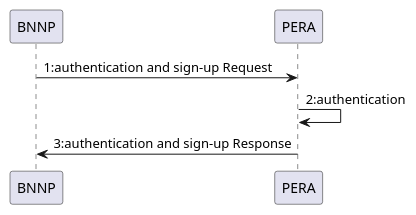
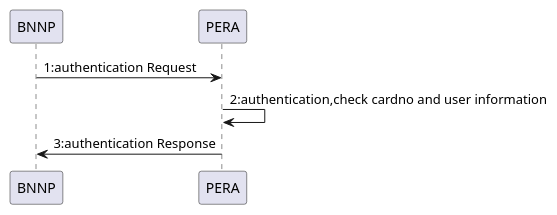
Before and after one commit to nbydi/some_documents: the first of 3 diagrams in bnnp_docs/02 外部接口/pera-hub/sequence.md, drawn with PlantUML. The commit also changed other lines of this file and 1 other file, not shown here.

Commit message:
增加了6.2.2 章节。 增加了序列图。

````diff
--- a/bnnp_docs/02 外部接口/pera-hub/sequence.md
+++ b/bnnp_docs/02 外部接口/pera-hub/sequence.md
@@ -2,7 +2,7 @@
 ```plantuml
 @startuml
-BNNP->PERA: 1:authentication and sign-up Request
-PERA->PERA: 2:authentication
-BNNP<-PERA: 3:authentication and sign-up Response
+BNNP->PERA: 1:authentication Request
+PERA->PERA: 2:authentication,check cardno and user information 
+BNNP<-PERA: 3:authentication Response
 @end
 ```
````
